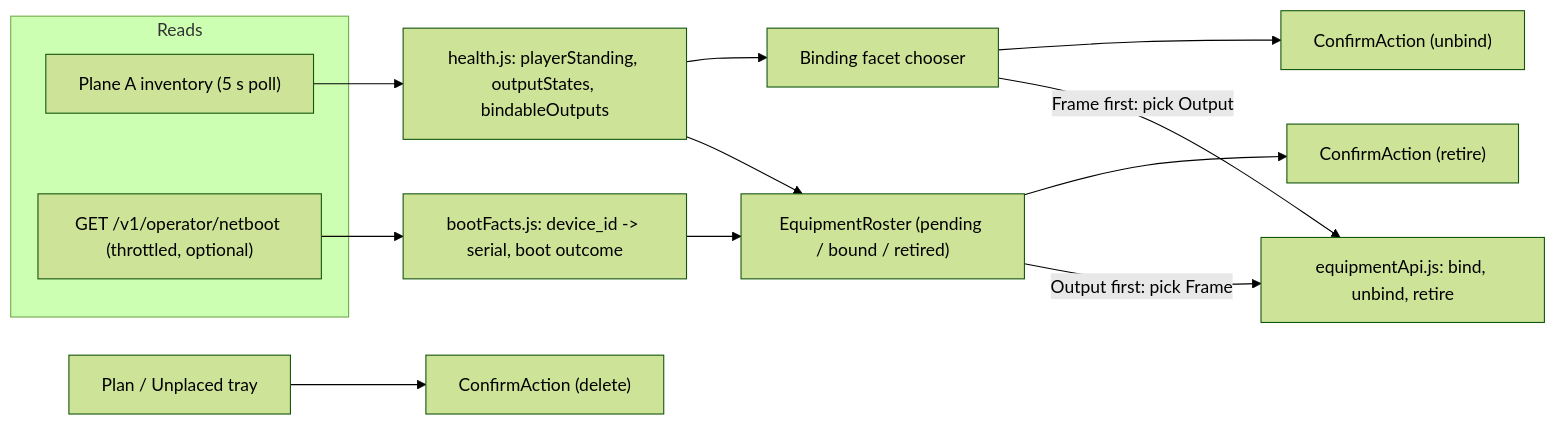
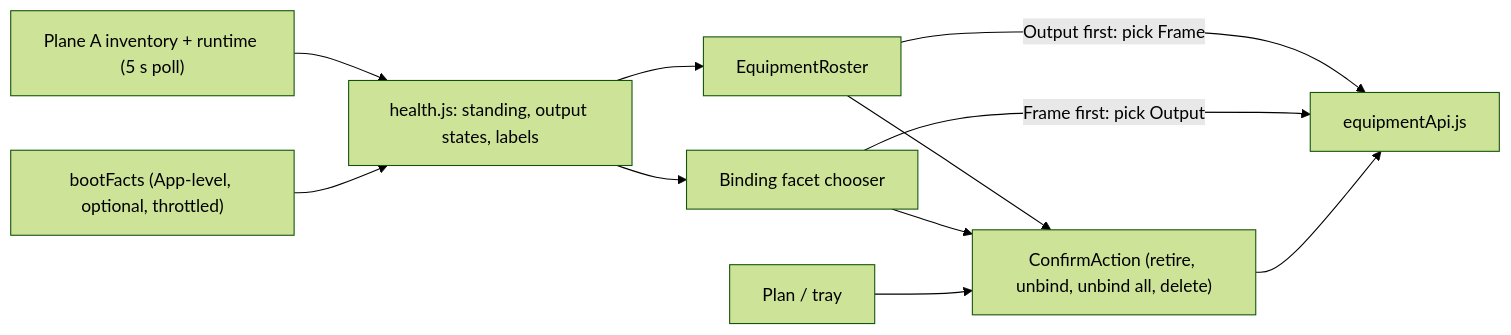
The first of 4 diagrams in docs/operator-console-ux-pass2-onboarding.md (mcurcio/photo-wall), drawn with Mermaid (forest theme) before and after one commit. The commit also changed other lines of this file, not shown here.

````diff
--- a/docs/operator-console-ux-pass2-onboarding.md
+++ b/docs/operator-console-ux-pass2-onboarding.md
@@ -30,17 +54,11 @@
 ```mermaid
 flowchart LR
-  subgraph Reads
-    INV["Plane A inventory (5 s poll)"]
-    NB["GET /v1/operator/netboot (throttled, optional)"]
-  end
-  INV --> H["health.js: playerStanding, outputStates, bindableOutputs"]
-  NB --> BF["bootFacts.js: device_id -> serial, boot outcome"]
-  H --> R["EquipmentRoster (pending / bound / retired)"]
-  BF --> R
-  H --> BFa["Binding facet chooser"]
-  R -->|"Output first: pick Frame"| API["equipmentApi.js: bind, unbind, retire"]
-  BFa -->|"Frame first: pick Output"| API
-  R --> C["ConfirmAction (retire)"]
-  BFa --> C2["ConfirmAction (unbind)"]
-  P["Plan / Unplaced tray"] --> C3["ConfirmAction (delete)"]
+  INV["Plane A inventory + runtime (5 s poll)"] --> H["health.js: standing, output states, labels"]
+  NB["bootFacts (App-level, optional, throttled)"] --> H
+  H --> R["EquipmentRoster"]
+  H --> CH["Binding facet chooser"]
+  R -->|"Output first: pick Frame"| API["equipmentApi.js"]
+  CH -->|"Frame first: pick Output"| API
+  R & CH & P["Plan / tray"] --> C["ConfirmAction (retire, unbind, unbind all, delete)"]
+  C --> API
 ```
````
